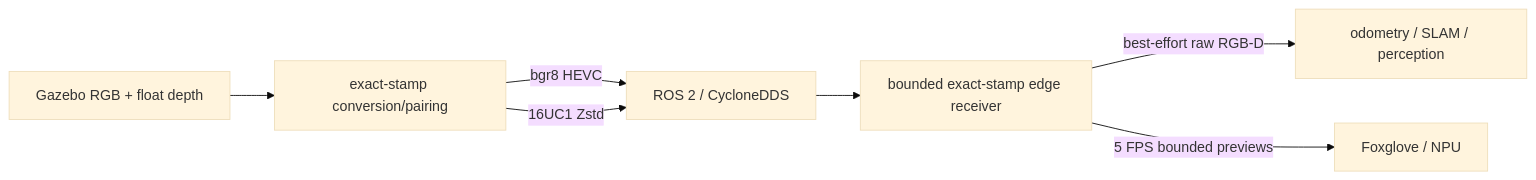
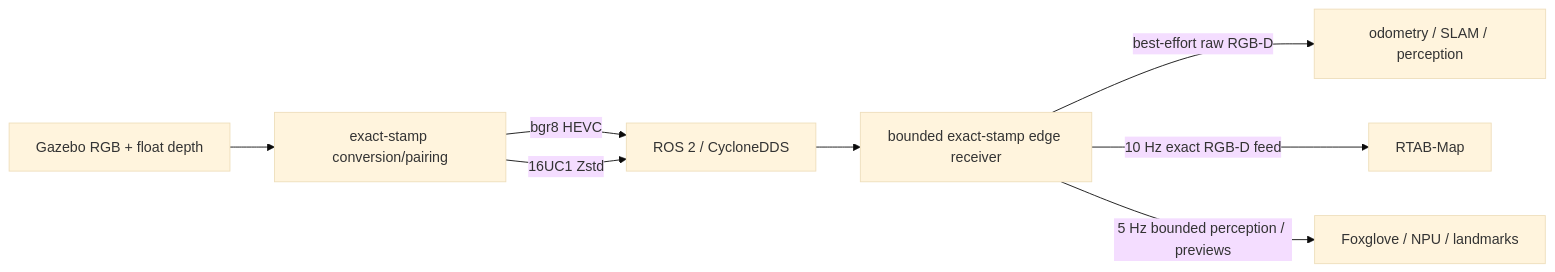
Before and after one commit to Kenneth-Ross/autonomous-gazebo-ros: the diagram in docs/ARCHITECTURE_CURRENT.md, drawn with Mermaid (base theme). The commit also changed other lines of this file and 55 other files, not shown here.

````diff
--- a/docs/ARCHITECTURE_CURRENT.md
+++ b/docs/ARCHITECTURE_CURRENT.md
@@ -5,9 +5,10 @@
 ```mermaid
 flowchart LR
   GZ[Gazebo RGB + float depth] --> ENC[exact-stamp conversion/pairing]
   ENC -->|bgr8 HEVC| DDS[ROS 2 / CycloneDDS]
   ENC -->|16UC1 Zstd| DDS
   DDS --> DEC[bounded exact-stamp edge receiver]
   DEC -->|best-effort raw RGB-D| VISION[odometry / SLAM / perception]
-  DEC -->|5 FPS bounded previews| OBS[Foxglove / NPU]
+  DEC -->|10 Hz exact RGB-D feed| SLAM[RTAB-Map]
+  DEC -->|5 Hz bounded perception / previews| OBS[Foxglove / NPU / landmarks]
 ```
````
